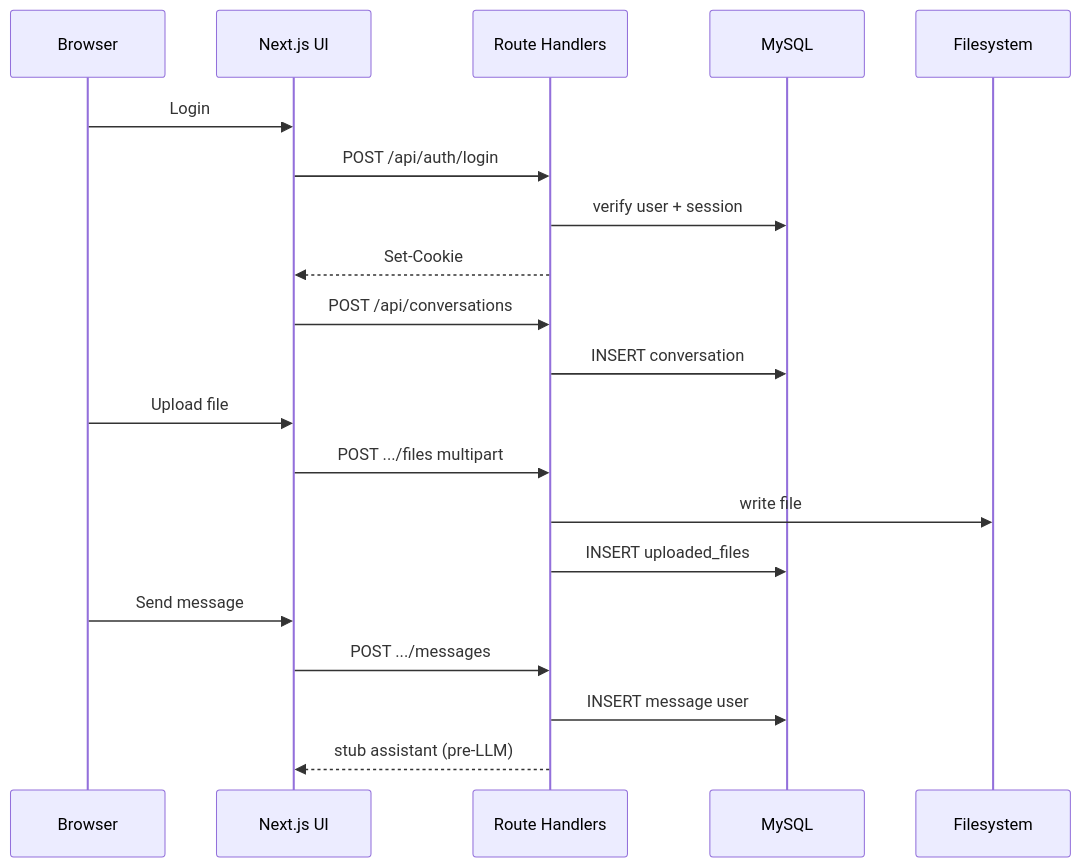
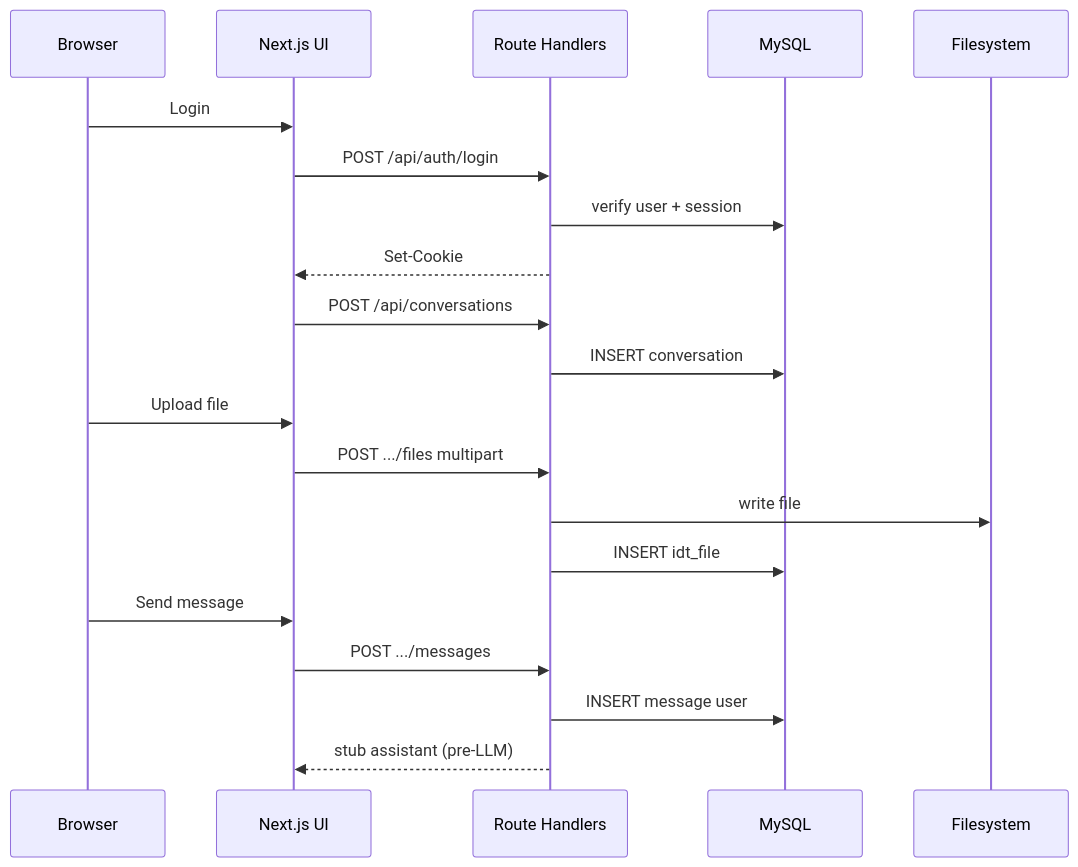
Before and after one commit to MatteoDiPerna/IntentDraft: the diagram in docs/product/architecture/frontend-backend-operations.md, drawn with Mermaid. The commit also changed other lines of this file and 30 other files, not shown here.

First line of the commit message:
Backend IntentDraft: scaffold Fastify/Prisma su Supabase, schema idt_* e worklog.

````diff
--- a/docs/product/architecture/frontend-backend-operations.md
+++ b/docs/product/architecture/frontend-backend-operations.md
@@ -91,23 +92,23 @@
 ```mermaid
 sequenceDiagram
   participant U as Browser
   participant FE as Next.js UI
   participant API as Route Handlers
   participant DB as MySQL
   participant FS as Filesystem
 
   U->>FE: Login
   FE->>API: POST /api/auth/login
   API->>DB: verify user + session
   API-->>FE: Set-Cookie
   FE->>API: POST /api/conversations
   API->>DB: INSERT conversation
   U->>FE: Upload file
   FE->>API: POST .../files multipart
   API->>FS: write file
-  API->>DB: INSERT uploaded_files
+  API->>DB: INSERT idt_file
   U->>FE: Send message
   FE->>API: POST .../messages
   API->>DB: INSERT message user
   API-->>FE: stub assistant (pre-LLM)
 ```
````
